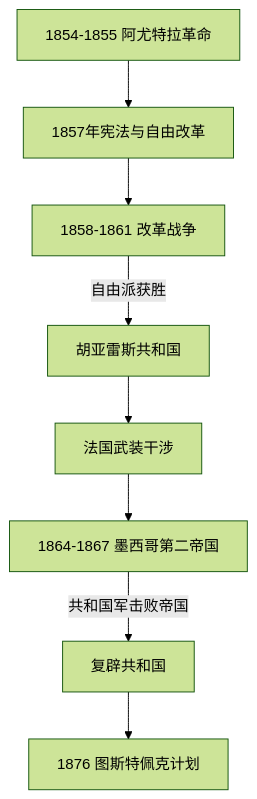
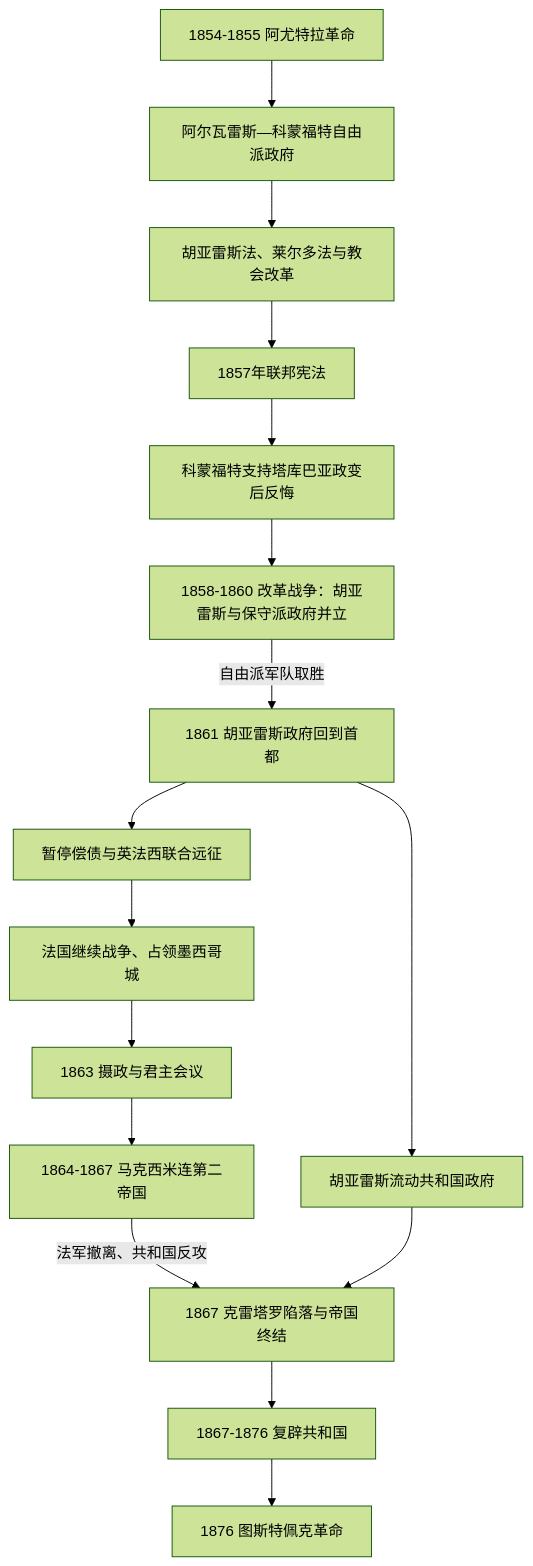
Before and after one commit to tianlan-dev/learning-notes: the diagram in 人文科学/历史/美洲/北美/墨西哥/改革战争、法国干涉与复辟共和国.md, drawn with Mermaid (forest theme). The commit also changed other lines of this file and 1417 other files, not shown here.

````diff
--- a/人文科学/历史/美洲/北美/墨西哥/改革战争、法国干涉与复辟共和国.md
+++ b/人文科学/历史/美洲/北美/墨西哥/改革战争、法国干涉与复辟共和国.md
@@ -18,10 +17,18 @@
 ```mermaid
 flowchart TD
-    Ayutla["1854-1855 阿尤特拉革命"] --> Constitution["1857年宪法与自由改革"]
-    Constitution --> ReformWar["1858-1861 改革战争"]
-    ReformWar -->|自由派获胜| Republic["胡亚雷斯共和国"]
-    Republic --> French["法国武装干涉"]
-    French --> SecondEmpire["1864-1867 墨西哥第二帝国"]
-    SecondEmpire -->|共和国军击败帝国| Restored["复辟共和国"]
-    Restored --> Tuxtepec["1876 图斯特佩克计划"]
+    Ayutla["1854-1855 阿尤特拉革命"] --> Alvarez["阿尔瓦雷斯—科蒙福特自由派政府"]
+    Alvarez --> Laws["胡亚雷斯法、莱尔多法与教会改革"]
+    Laws --> Constitution["1857年联邦宪法"]
+    Constitution --> Tacubaya["科蒙福特支持塔库巴亚政变后反悔"]
+    Tacubaya --> ReformWar["1858-1860 改革战争：胡亚雷斯与保守派政府并立"]
+    ReformWar -->|自由派军队取胜| LiberalVictory["1861 胡亚雷斯政府回到首都"]
+    LiberalVictory --> Debt["暂停偿债与英法西联合远征"]
+    Debt --> French["法国继续战争、占领墨西哥城"]
+    French --> Regency["1863 摄政与君主会议"]
+    Regency --> Empire["1864-1867 马克西米连第二帝国"]
+    LiberalVictory --> RepublicMobile["胡亚雷斯流动共和国政府"]
+    Empire -->|法军撤离、共和国反攻| Queretaro["1867 克雷塔罗陷落与帝国终结"]
+    RepublicMobile --> Queretaro
+    Queretaro --> Restored["1867-1876 复辟共和国"]
+    Restored --> Tuxtepec["1876 图斯特佩克革命"]
 ```
````
